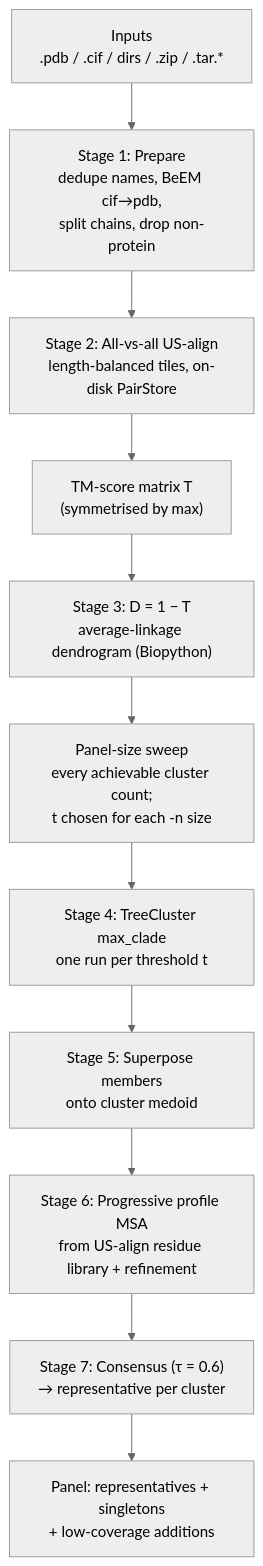
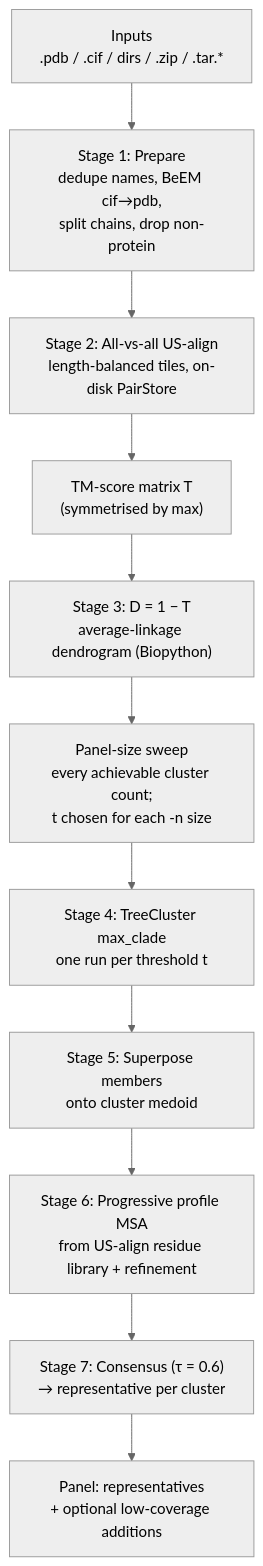
Before and after one commit to crfield18/ColabAlign: the diagram in colabalign/MANUAL.md, drawn with Mermaid (neutral theme). The commit also changed other lines of this file and 6 other files, not shown here.

Commit message:
singletons now grouped into single '-1'  and sampled as part of low coverage fraction

````diff
--- a/colabalign/MANUAL.md
+++ b/colabalign/MANUAL.md
@@ -48,13 +48,13 @@
 ```mermaid
 flowchart TD
     A["Inputs<br/>.pdb / .cif / dirs / .zip / .tar.*"] --> B["Stage 1: Prepare<br/>dedupe names, BeEM cif→pdb,<br/>split chains, drop non-protein"]
     B --> C["Stage 2: All-vs-all US-align<br/>length-balanced tiles, on-disk PairStore"]
     C --> D["TM-score matrix T<br/>(symmetrised by max)"]
     D --> E["Stage 3: D = 1 − T<br/>average-linkage dendrogram (Biopython)"]
     E --> P["Panel-size sweep<br/>every achievable cluster count;<br/>t chosen for each -n size"]
     P --> F["Stage 4: TreeCluster max_clade<br/>one run per threshold t"]
     F --> G["Stage 5: Superpose members<br/>onto cluster medoid"]
     G --> H["Stage 6: Progressive profile MSA<br/>from US-align residue library + refinement"]
     H --> I["Stage 7: Consensus (τ = 0.6)<br/>→ representative per cluster"]
-    I --> J["Panel: representatives + singletons<br/>+ low-coverage additions"]
+    I --> J["Panel: representatives<br/>+ optional low-coverage additions"]
 ```
````
